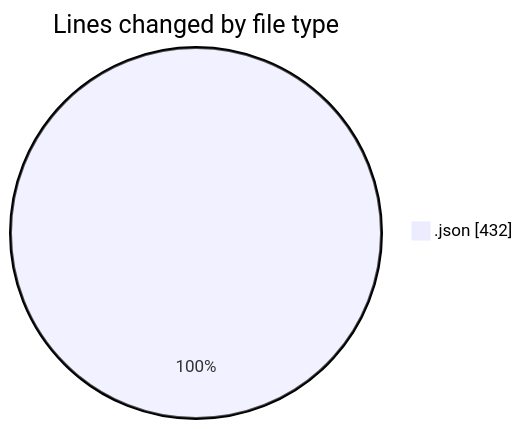
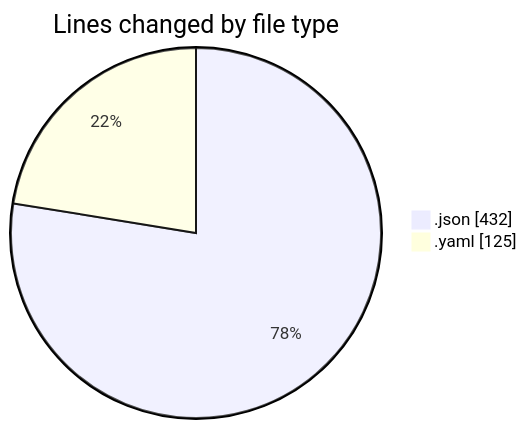
One commit to EIIisD/code-tracking changed the first of 2 diagrams in 2025-08-03/macrowhisper/README.md. Above: the diagram before and after it, drawn with Mermaid. The commit also changed other lines of this file and 1 other file, not shown here.

````diff
--- a/2025-08-03/macrowhisper/README.md
+++ b/2025-08-03/macrowhisper/README.md
@@ -21,5 +22,6 @@
 ```mermaid
 pie showData
 title Lines changed by file type
 ".json" : 432
+".yaml" : 125
 ```
````
